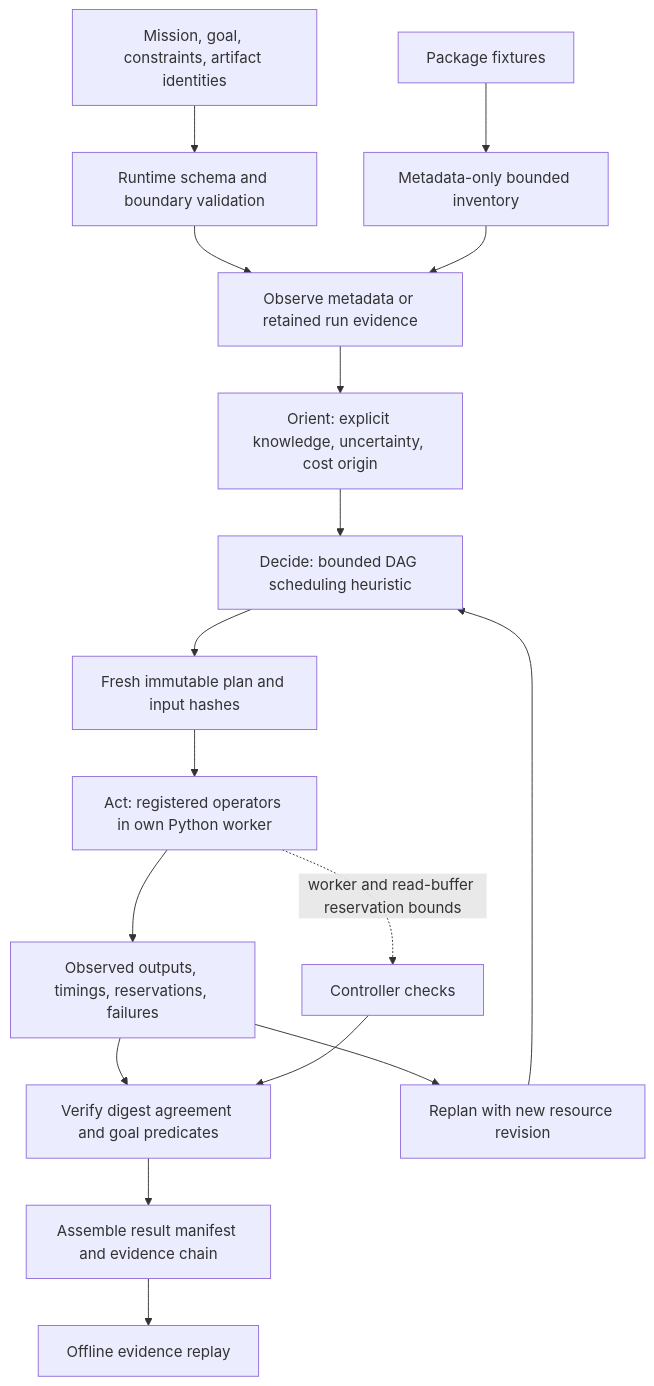
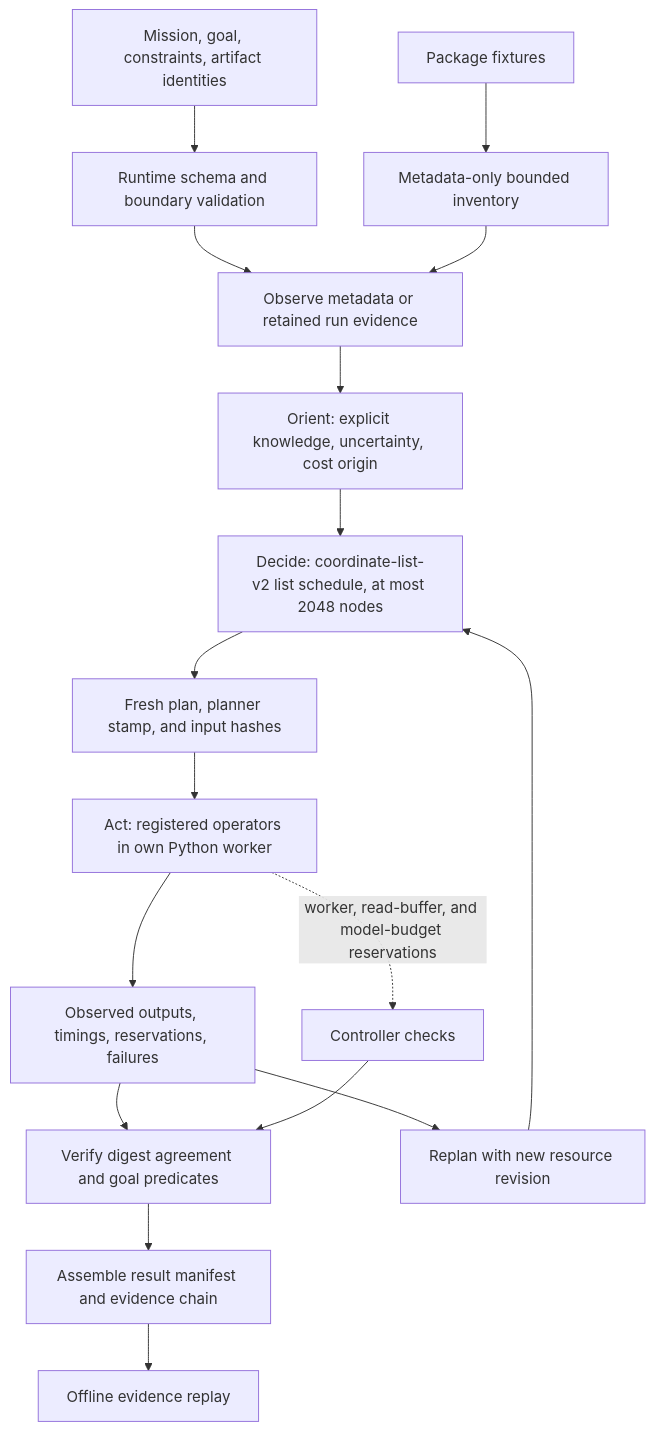
Before and after one commit to ZuluYokohama/mission-lab: the diagram in research/mission_lab_v0_1/ARCHITECTURE.mmd, drawn with Mermaid. The commit also changed 9 other files, not shown here.

First line of the commit message:
Select bindings with a bounded coordinate planner (#12)

```diff
--- a/research/mission_lab_v0_1/ARCHITECTURE.mmd
+++ b/research/mission_lab_v0_1/ARCHITECTURE.mmd
@@ -1,17 +1,17 @@
 flowchart TD
     A[Mission, goal, constraints, artifact identities] --> V[Runtime schema and boundary validation]
     V --> O[Observe metadata or retained run evidence]
     O --> K[Orient: explicit knowledge, uncertainty, cost origin]
-    K --> D[Decide: bounded DAG scheduling heuristic]
-    D --> P[Fresh immutable plan and input hashes]
+    K --> D[Decide: coordinate-list-v2 list schedule, at most 2048 nodes]
+    D --> P[Fresh plan, planner stamp, and input hashes]
     P --> X[Act: registered operators in own Python worker]
     X --> E[Observed outputs, timings, reservations, failures]
     E --> G[Verify digest agreement and goal predicates]
     G --> M[Assemble result manifest and evidence chain]
     E --> R[Replan with new resource revision]
     R --> D
     M --> Q[Offline evidence replay]
     U[Package fixtures] --> I[Metadata-only bounded inventory]
     I --> O
-    X -. worker and read-buffer reservation bounds .-> B[Controller checks]
+    X -. worker, read-buffer, and model-budget reservations .-> B[Controller checks]
     B --> G
```
